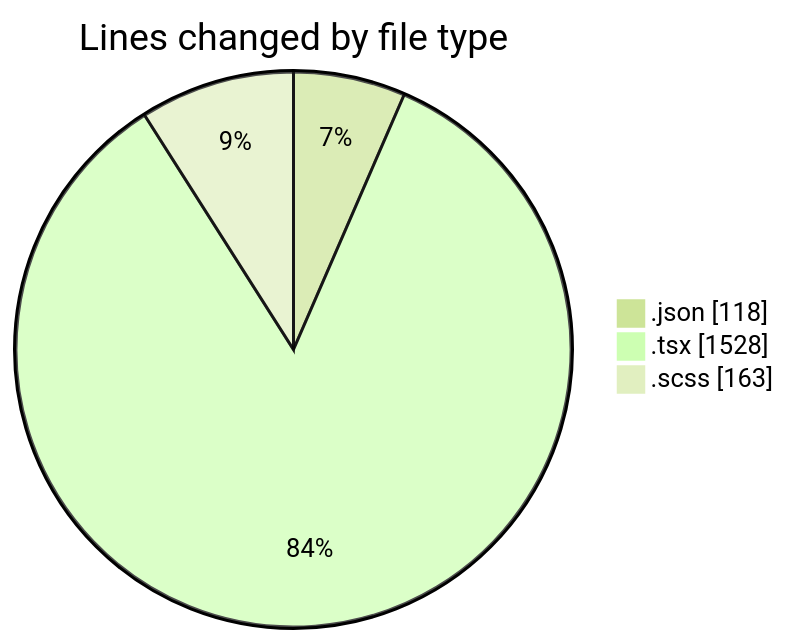
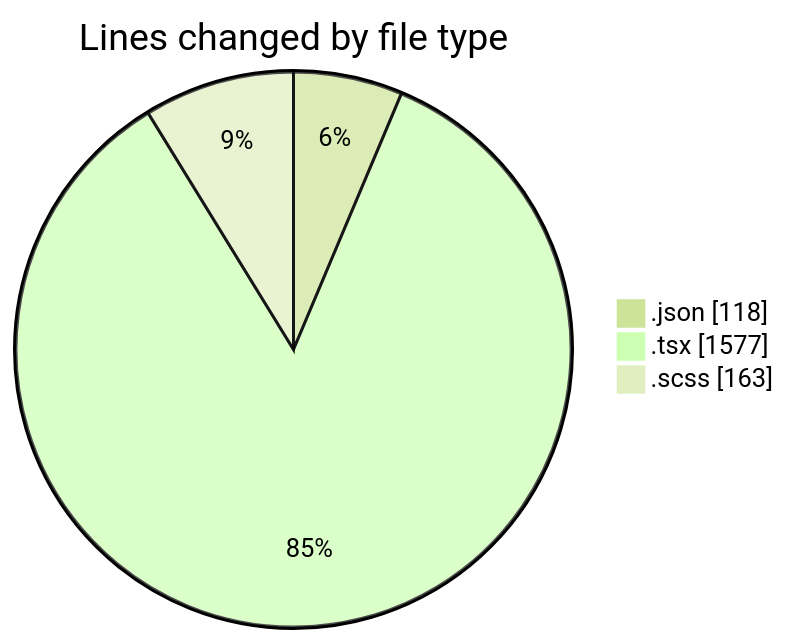
Before and after one commit to momahboobian/code-tracking: the first of 2 diagrams in 2025-11-19/cda/README.md, drawn with Mermaid (forest theme). The commit also changed other lines of this file and 1 other file, not shown here.

````diff
--- a/2025-11-19/cda/README.md
+++ b/2025-11-19/cda/README.md
@@ -22,7 +22,7 @@
 ```mermaid
 pie showData
 title Lines changed by file type
 ".json" : 118
-".tsx" : 1528
+".tsx" : 1577
 ".scss" : 163
 ```
````
